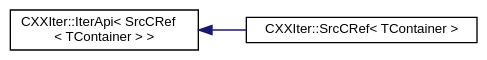
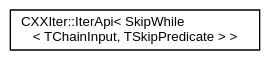
The diagram in inherit_graph_14.dot (seijikun/CXXIter), drawn with Graphviz before and after one commit. The commit also changed 78 other files, not shown here.

```diff
--- a/inherit_graph_14.dot
+++ b/inherit_graph_14.dot
@@ -1,12 +1,10 @@
 digraph "Graphical Class Hierarchy"
 {
  // INTERACTIVE_SVG=YES
  // LATEX_PDF_SIZE
   bgcolor="transparent";
   edge [fontname="Helvetica",fontsize="10",labelfontname="Helvetica",labelfontsize="10"];
   node [fontname="Helvetica",fontsize="10",shape=record];
   rankdir="LR";
-  Node0 [label="CXXIter::IterApi\< SrcCRef\l\< TContainer \> \>",height=0.2,width=0.4,color="black",URL="$classCXXIter_1_1IterApi.html",tooltip=" "];
-  Node0 -> Node1 [dir="back",color="midnightblue",fontsize="10",style="solid",fontname="Helvetica"];
-  Node1 [label="CXXIter::SrcCRef\< TContainer \>",height=0.2,width=0.4,color="black",URL="$classCXXIter_1_1SrcCRef.html",tooltip="CXXIter iterator source that immutably borrows the input item source, and passes immutable references..."];
+  Node0 [label="CXXIter::IterApi\< SkipWhile\l\< TChainInput, TSkipPredicate \> \>",height=0.2,width=0.4,color="black",URL="$classCXXIter_1_1IterApi.html",tooltip=" "];
 }
```
